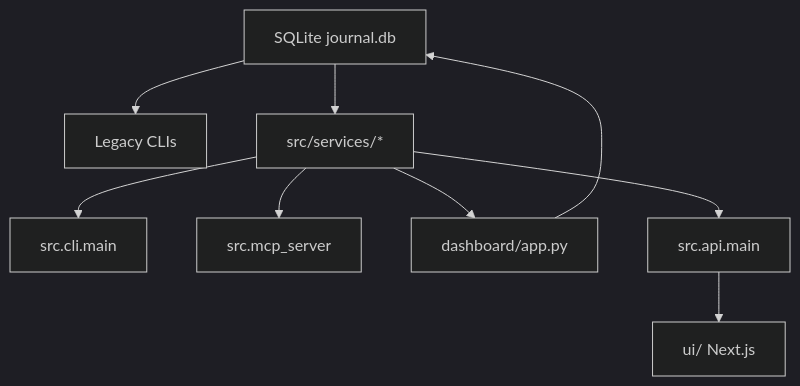
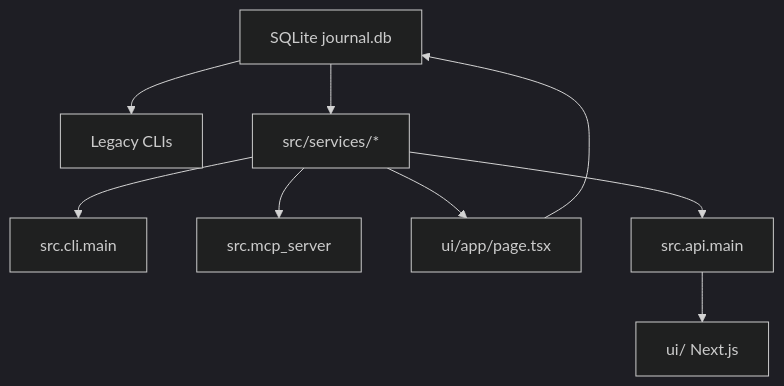
The diagram in docs/refactor-status-handoff.md (bv2026/trading_journal), drawn with Mermaid (dark theme) before and after one commit. The commit also changed other lines of this file and 12 other files, not shown here.

````diff
--- a/docs/refactor-status-handoff.md
+++ b/docs/refactor-status-handoff.md
@@ -319,20 +319,20 @@
 ```mermaid
 flowchart TD
     DB["SQLite journal.db"]
     LegacyCLI["Legacy CLIs"]
     UnifiedCLI["src.cli.main"]
     MCP["src.mcp_server"]
-    Dashboard["dashboard/app.py"]
+    Dashboard["ui/app/page.tsx"]
     API["src.api.main"]
     NextUI["ui/ Next.js"]
     Services["src/services/*"]
 
     DB --> Services
     Services --> UnifiedCLI
     Services --> MCP
     Services --> Dashboard
     Services --> API
     API --> NextUI
     DB --> LegacyCLI
     Dashboard --> DB
 ```
````
